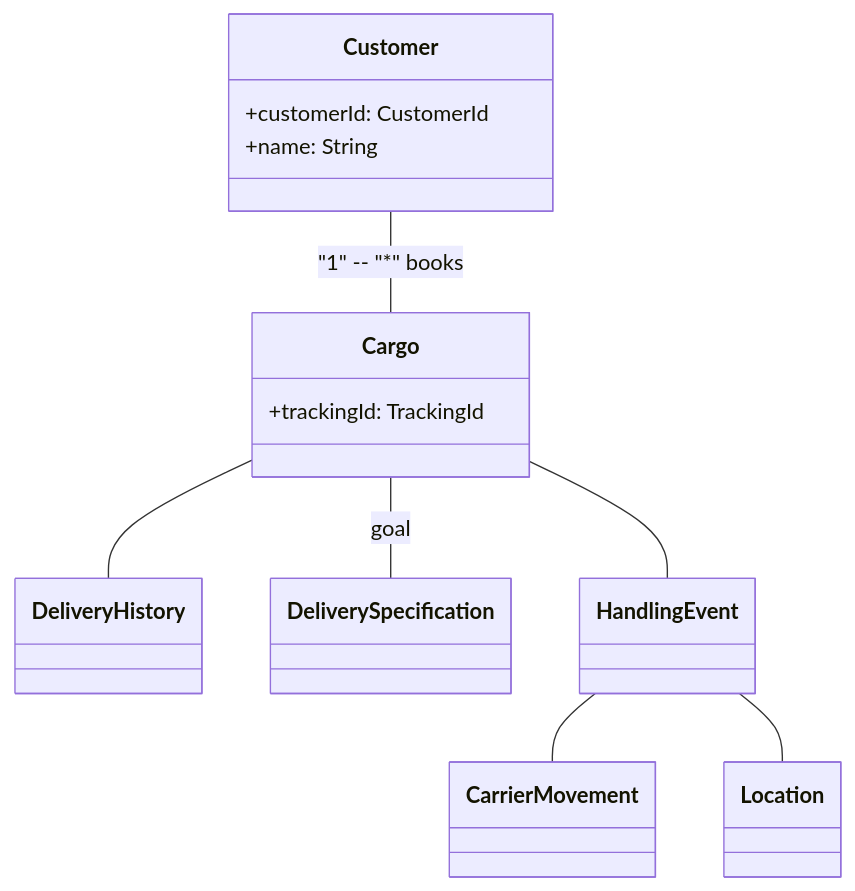
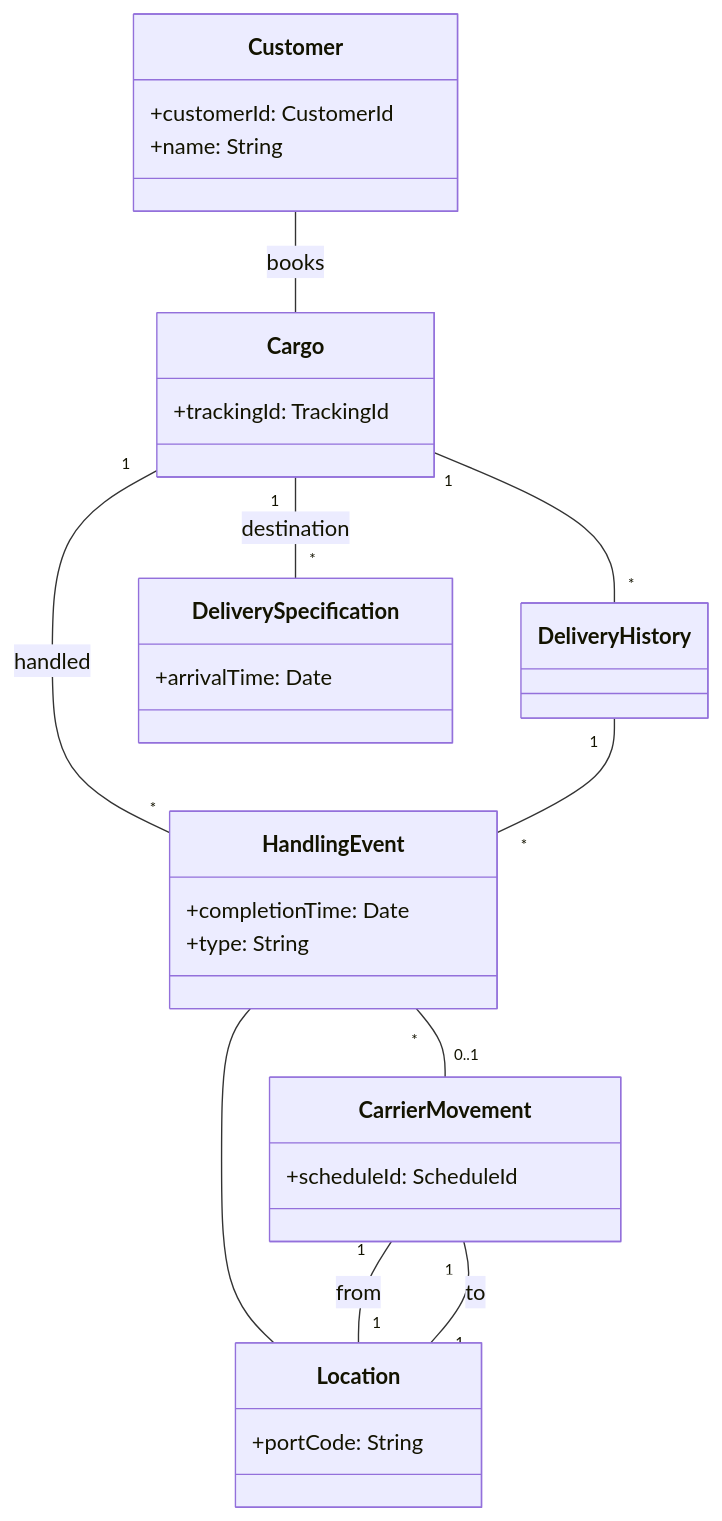
One commit to peterramaldes/cs changed the diagram in docs/architecture/01-design.md. Above: the diagram before and after it, drawn with Mermaid.

Commit message:
docs: update domain diagram with attributes and relationships

````diff
--- a/docs/architecture/01-design.md
+++ b/docs/architecture/01-design.md
@@ -5,33 +5,41 @@
 ```mermaid
 classDiagram
     class Customer {
         +customerId: CustomerId
         +name: String
     }
 
     class Cargo {
         +trackingId: TrackingId
     }
 
     class DeliveryHistory {
     }
 
     class DeliverySpecification {
+        +arrivalTime: Date
     }
 
     class HandlingEvent {
+        +completionTime: Date
+        +type: String
     }
 
     class CarrierMovement {
+        +scheduleId: ScheduleId
     }
 
     class Location {
+        +portCode: String
     }
 
-    Customer -- Cargo : "1" -- "*" books
-    Cargo -- DeliveryHistory
-    Cargo -- DeliverySpecification : goal
-    Cargo -- HandlingEvent
-    HandlingEvent -- CarrierMovement
+    Customer -- Cargo : books
+    Cargo "1" -- "*" DeliveryHistory
+    Cargo "1" -- "*" DeliverySpecification : destination
+    Cargo "1" -- "*" HandlingEvent : handled
+    DeliveryHistory "1" -- "*" HandlingEvent
+    HandlingEvent "*" -- "0..1" CarrierMovement
     HandlingEvent -- Location
+    CarrierMovement "1" -- "1" Location : from
+    CarrierMovement "1" -- "1" Location : to
 ```
````
